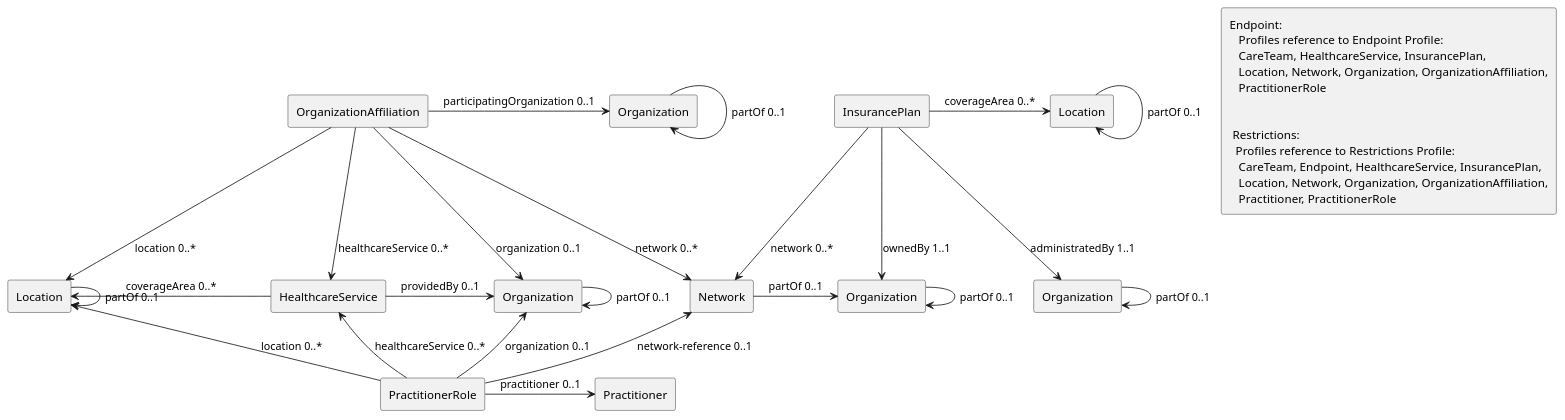
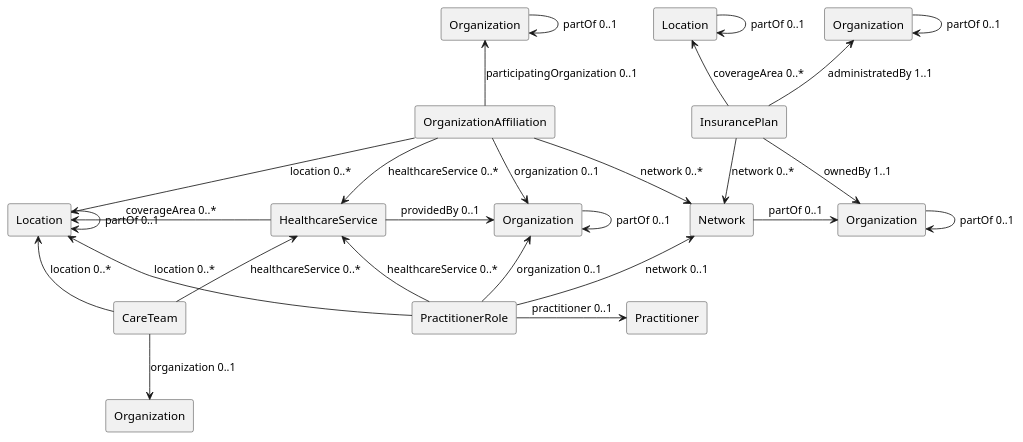
The diagram in input/images-source/RelResource.plantuml (HL7/fhir-us-ndh), drawn with PlantUML before and after one commit. The commit also changed 31 other files, not shown here.

```diff
--- a/input/images-source/RelResource.plantuml
+++ b/input/images-source/RelResource.plantuml
@@ -1,65 +1,56 @@
 @startuml
 
 agent OrganizationAffiliation as orgAff
 agent Organization as orgIns1
 agent Organization as orgIns2
 agent Organization as orgOrgAff
 agent Organization as orgOrgPrac
 agent Location as locIns 
 agent Location as locOrgPrac  
 agent Network as network
 agent HealthcareService as service
 agent InsurancePlan as insurance
 agent PractitionerRole as pracRole
 agent Practitioner as practitioner
-agent note [
- Endpoint: 
-    Profiles reference to Endpoint Profile:
-    CareTeam, HealthcareService, InsurancePlan,
-    Location, Network, Organization, OrganizationAffiliation,
-    PractitionerRole 
+agent CareTeam as careTeam
+agent Organization as careTeamOrg
 
-
-  Restrictions:
-   Profiles reference to Restrictions Profile:
-    CareTeam, Endpoint, HealthcareService, InsurancePlan,
-    Location, Network, Organization, OrganizationAffiliation,
-    Practitioner, PractitionerRole 
-]
-
-
-pracRole -up-> network: "network-reference 0..1"
+pracRole -up-> network: "network 0..1"
 pracRole -up-> orgOrgPrac: "organization 0..1"
 pracRole -up-> service: "healthcareService 0..*"
 service -right->orgOrgPrac: "providedBy 0..1"
 service -left->locOrgPrac: "coverageArea 0..*"
 pracRole -up-> locOrgPrac: "location 0..*"
 orgAff -down-> network: "network 0..*"
 orgAff -down-> orgOrgPrac: "organization 0..1"
 orgAff -down-> service: "healthcareService 0..*"
 orgAff -down-> locOrgPrac: "location 0..*"
 
 
-orgAff -right-> orgOrgAff: "participatingOrganization 0..1"
+orgAff -up-> orgOrgAff: "participatingOrganization 0..1"
 insurance -down-> network: "network 0..*"
-insurance -right-> locIns: "coverageArea 0..*"
-insurance -down-> orgIns2: "administratedBy 1..1"
+insurance -up-> locIns: "coverageArea 0..*"
+insurance -up-> orgIns2: "administratedBy 1..1"
 insurance -down-> orgIns1: "ownedBy 1..1"
 network -right-> orgIns1: "partOf 0..1"
 
 pracRole -right-> practitioner: "practitioner 0..1"
 
 locOrgPrac -right-> locOrgPrac : "partOf 0..1"
 locIns -right-> locIns : "partOf 0..1"
 orgOrgPrac -right-> orgOrgPrac : "partOf 0..1"
 orgIns1 -right-> orgIns1 : "partOf 0..1"
 orgIns2 -right-> orgIns2 : "partOf 0..1"
 orgOrgAff -right-> orgOrgAff : "partOf 0..1"
 
+careTeam -up-> locOrgPrac: "location 0..*"
+careTeam -up-> service: "healthcareService 0..*"
+careTeam -down-> careTeamOrg : "organization 0..1"
+
 
 
 
 
 
 
 @enduml
```
